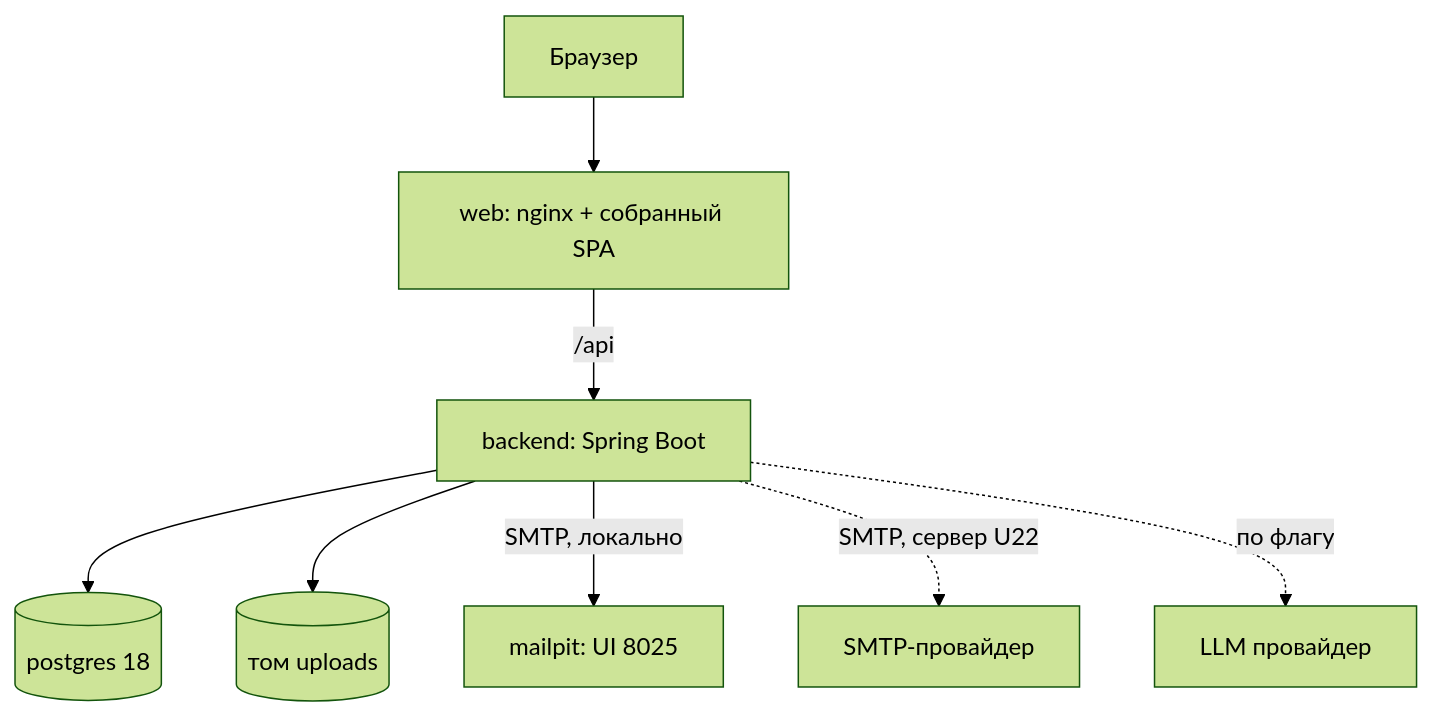
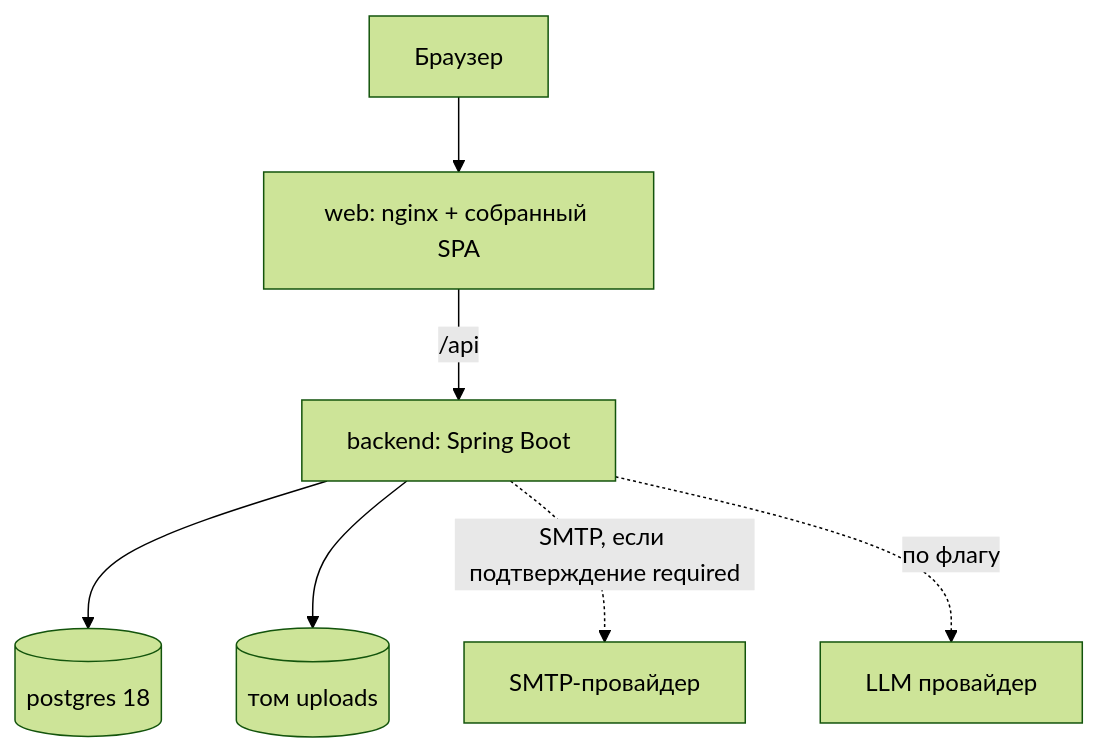
The first of 5 diagrams in docs/spec/plans/2026-10-31-001-feat-campus-rating-mvp-plan.md (Daniiltyhtin/campus-rating), drawn with Mermaid (forest theme) before and after one commit. The commit also changed other lines of this file and 5 other files, not shown here.

Commit message:
docs(spec): убрать Mailpit, подтверждение email — явная настройка стенда

````diff
--- a/docs/spec/plans/2026-10-31-001-feat-campus-rating-mvp-plan.md
+++ b/docs/spec/plans/2026-10-31-001-feat-campus-rating-mvp-plan.md
@@ -272,10 +272,9 @@
 ```mermaid
 flowchart TB
   B[Браузер] --> N[web: nginx + собранный SPA]
   N -->|/api| A[backend: Spring Boot]
   A --> P[(postgres 18)]
   A --> V[(том uploads)]
-  A -->|SMTP, локально| M[mailpit: UI 8025]
-  A -.->|SMTP, сервер U22| S[SMTP-провайдер]
+  A -.->|SMTP, если подтверждение required| S[SMTP-провайдер]
   A -.->|по флагу| L[LLM провайдер]
 ```
````
